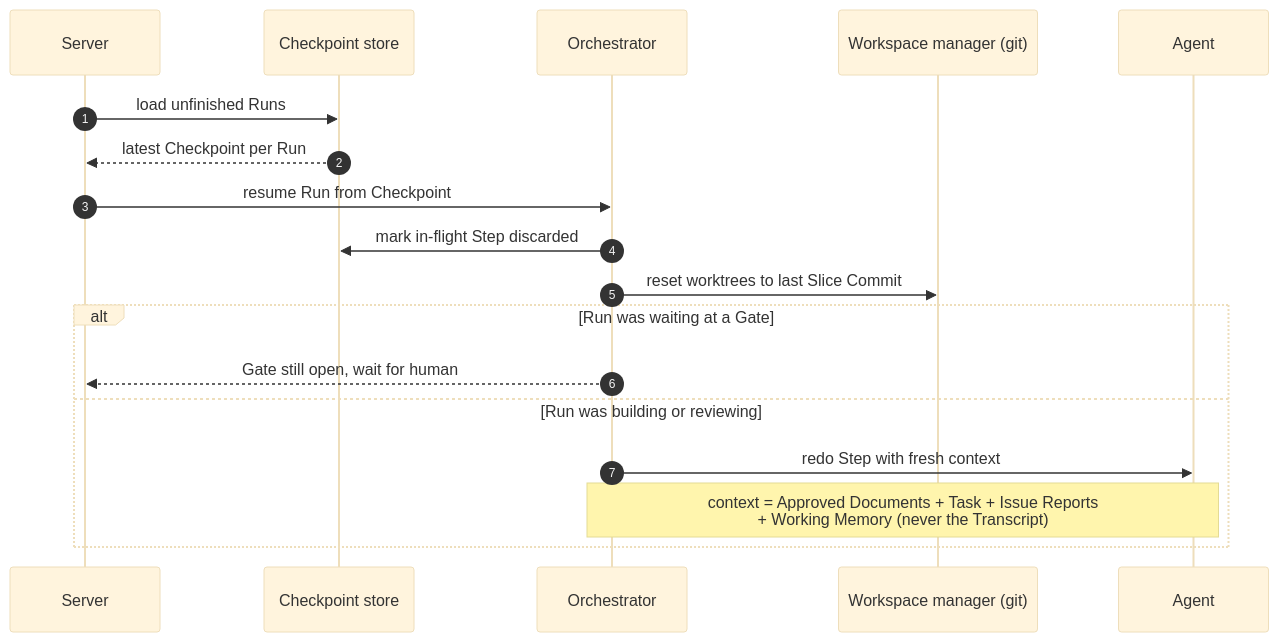
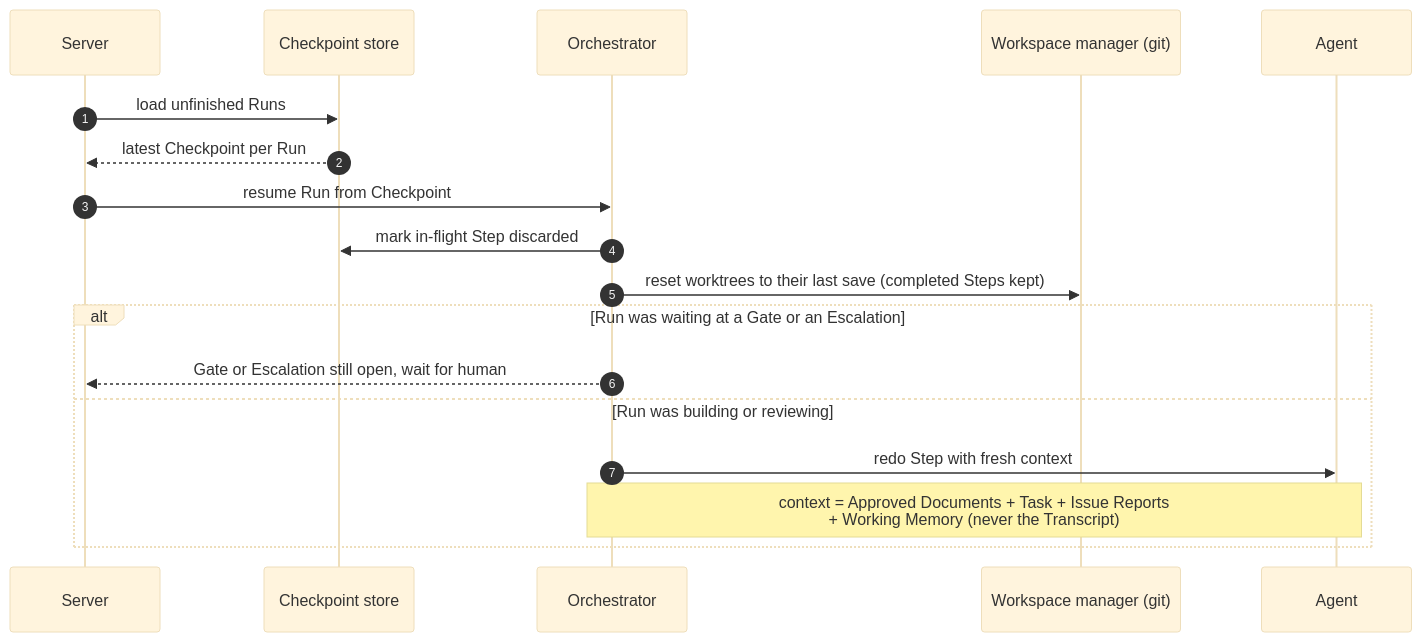
One commit to ChinGuang/sdlc-code changed the tenth of 10 diagrams in docs/design/uml.md. Above: the diagram before and after it, drawn with Mermaid (base theme). The commit also changed 6 other files, not shown here.

````diff
--- a/docs/design/uml.md
+++ b/docs/design/uml.md
@@ -538,21 +538,21 @@
 ```mermaid
 sequenceDiagram
   autonumber
   participant SRV as Server
   participant DB as Checkpoint store
   participant O as Orchestrator
   participant W as Workspace manager (git)
   participant A as Agent
 
   SRV->>DB: load unfinished Runs
   DB-->>SRV: latest Checkpoint per Run
   SRV->>O: resume Run from Checkpoint
   O->>DB: mark in-flight Step discarded
-  O->>W: reset worktrees to last Slice Commit
-  alt Run was waiting at a Gate
-    O-->>SRV: Gate still open, wait for human
+  O->>W: reset worktrees to their last save (completed Steps kept)
+  alt Run was waiting at a Gate or an Escalation
+    O-->>SRV: Gate or Escalation still open, wait for human
   else Run was building or reviewing
     O->>A: redo Step with fresh context
     Note over O,A: context = Approved Documents + Task + Issue Reports<br/>+ Working Memory (never the Transcript)
   end
 ```
````
